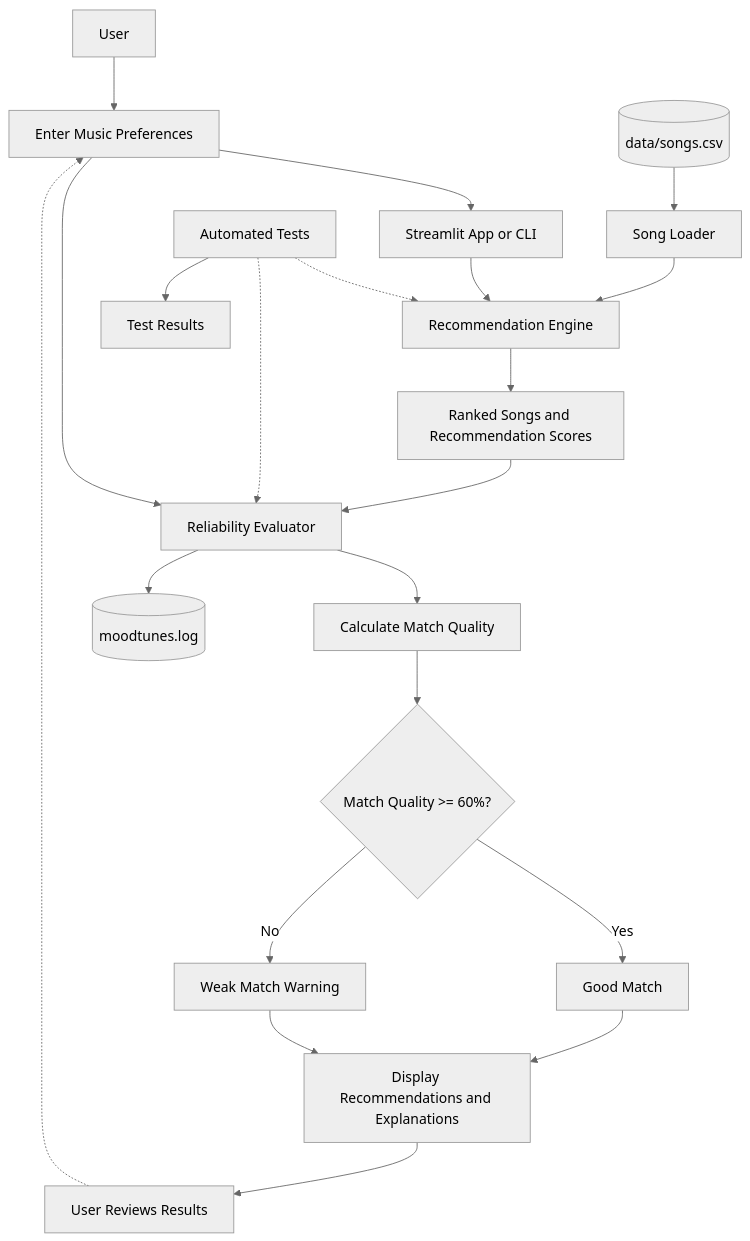
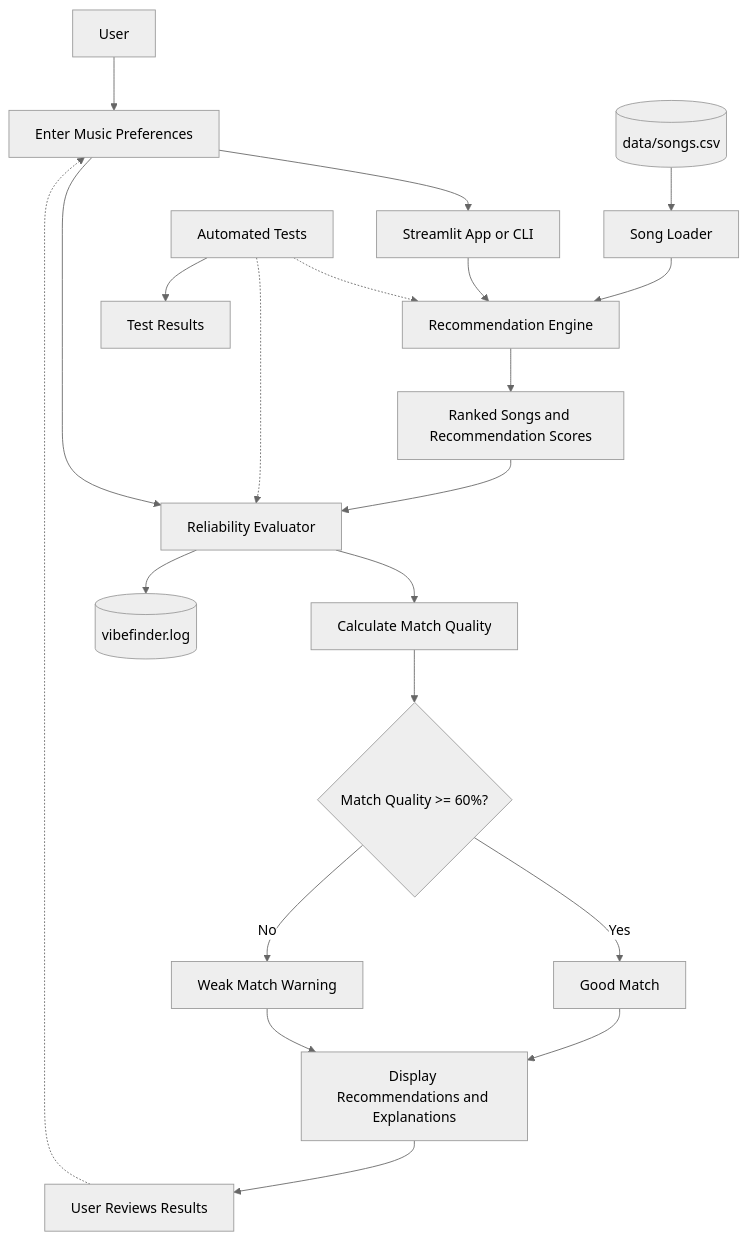
The diagram in diagrams/architecture.mmd (cwu6/applied-ai-system-project), drawn with Mermaid (neutral theme) before and after one commit. The commit also changed 6 other files, not shown here.

```diff
--- a/diagrams/architecture.mmd
+++ b/diagrams/architecture.mmd
@@ -1,29 +1,29 @@
 flowchart TD
     U[User] --> P[Enter Music Preferences]
     P --> UI[Streamlit App or CLI]
 
     CSV[(data/songs.csv)] --> L[Song Loader]
     L --> R[Recommendation Engine]
     UI --> R
 
     R --> S[Ranked Songs and Recommendation Scores]
     S --> E[Reliability Evaluator]
     P --> E
 
     E --> Q[Calculate Match Quality]
     Q --> D{Match Quality >= 60%?}
 
     D -->|Yes| G[Good Match]
     D -->|No| W[Weak Match Warning]
 
     G --> OUT[Display Recommendations and Explanations]
     W --> OUT
 
     OUT --> H[User Reviews Results]
     H -.-> P
 
-    E --> LOG[(moodtunes.log)]
+    E --> LOG[(vibefinder.log)]
 
     T[Automated Tests] -.-> R
     T -.-> E
     T --> TR[Test Results]
```
